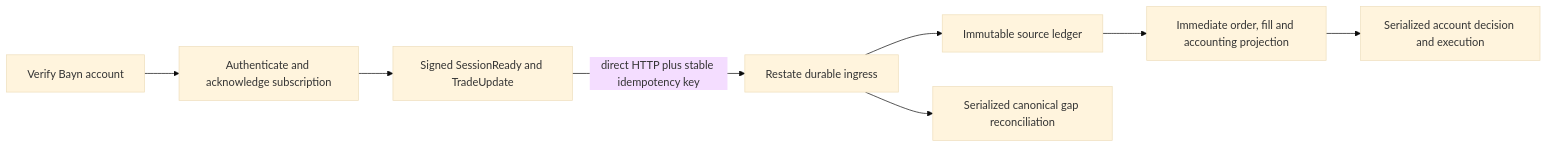
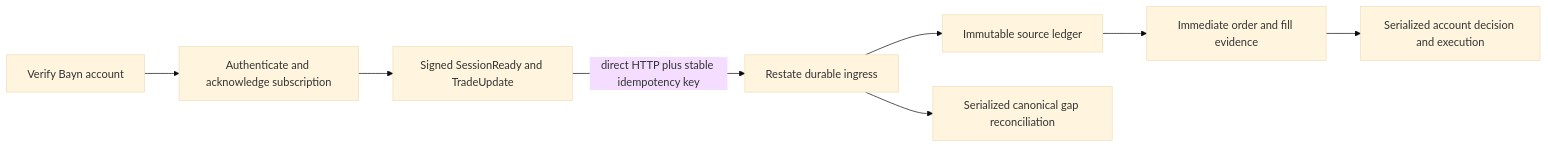
Before and after one commit to proompteng/lab: the diagram in services/dorvud/README.md, drawn with Mermaid (base theme). The commit also changed other lines of this file and 37 other files, not shown here.

````diff
--- a/services/dorvud/README.md
+++ b/services/dorvud/README.md
@@ -26,10 +26,10 @@
 ```mermaid
 flowchart LR
   A[Verify Bayn account] --> B[Authenticate and acknowledge subscription]
   B --> C[Signed SessionReady and TradeUpdate]
   C -->|direct HTTP plus stable idempotency key| R[Restate durable ingress]
   R --> S[Immutable source ledger]
-  S --> O[Immediate order, fill and accounting projection]
+  S --> O[Immediate order and fill evidence]
   R --> G[Serialized canonical gap reconciliation]
   O --> D[Serialized account decision and execution]
 ```
````
